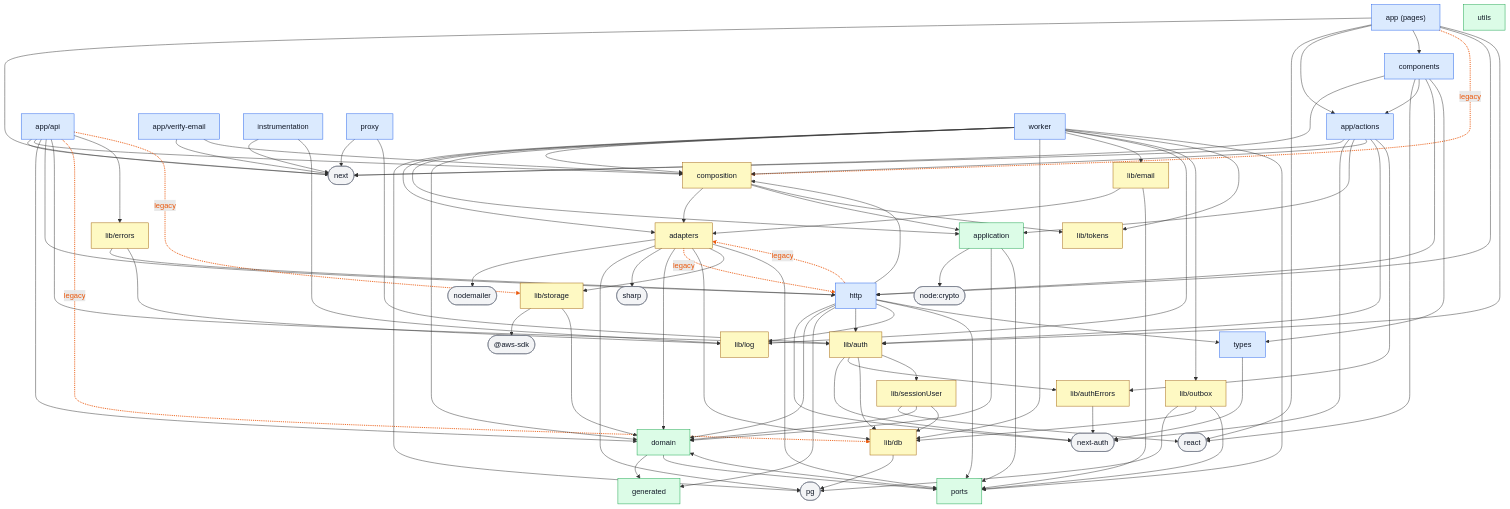
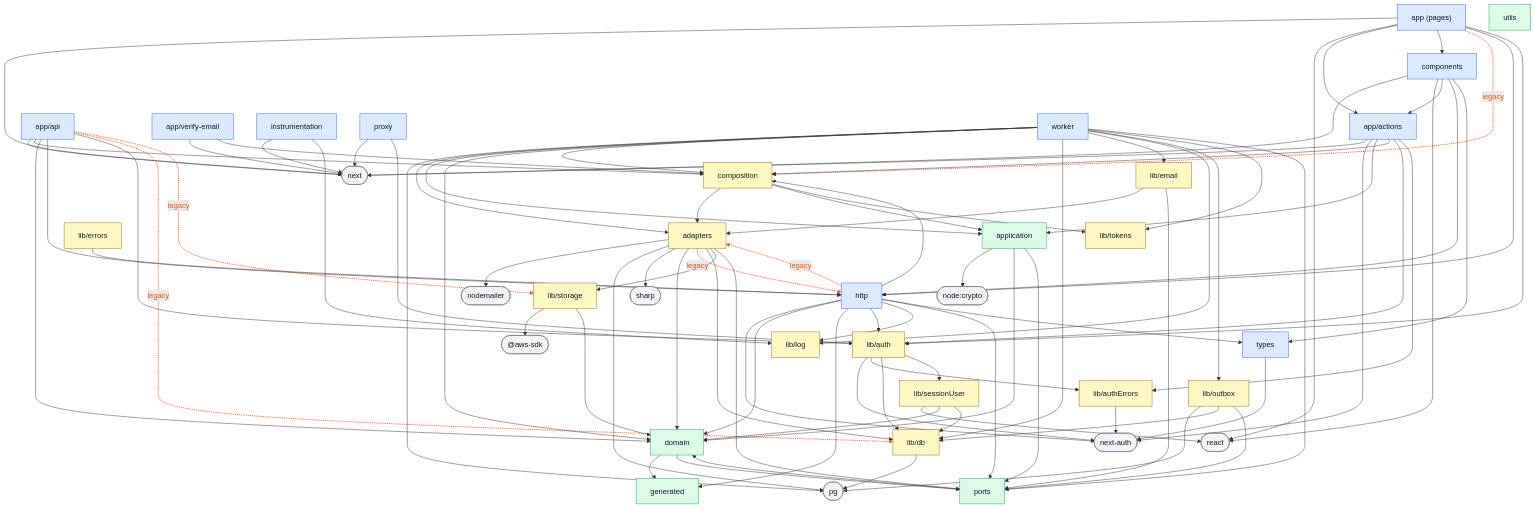
The diagram in docs/architecture/layers.mmd (2-MORGAN/expense-io), drawn with Mermaid before and after one commit. The commit also changed 1 other file, not shown here.

Commit message:
test(architecture): graphes régénérés après 2-485
Les routes passent par withApiErrors (#24) : les flèches app/api → lib/errors
et lib/errors → lib/log disparaissent. Les 20 gardes restent reconnues.

```diff
--- a/docs/architecture/layers.mmd
+++ b/docs/architecture/layers.mmd
@@ -1,134 +1,132 @@
 flowchart TB
   %% Généré par npm run generate:architecture (scripts/architecture) : ne pas modifier à la main.
   m_app["app (pages)"]
   m_app_2f_actions["app/actions"]
   m_app_2f_api["app/api"]
   m_app_2f_verify_2d_email["app/verify-email"]
   m_components["components"]
   m_http["http"]
   m_instrumentation["instrumentation"]
   m_proxy["proxy"]
   m_types["types"]
   m_worker["worker"]
   m_application["application"]
   m_domain["domain"]
   m_generated["generated"]
   m_ports["ports"]
   m_utils["utils"]
   m_adapters["adapters"]
   m_composition["composition"]
   m_lib_2f_auth["lib/auth"]
   m_lib_2f_authErrors["lib/authErrors"]
   m_lib_2f_db["lib/db"]
   m_lib_2f_email["lib/email"]
   m_lib_2f_errors["lib/errors"]
   m_lib_2f_log["lib/log"]
   m_lib_2f_outbox["lib/outbox"]
   m_lib_2f_sessionUser["lib/sessionUser"]
   m_lib_2f_storage["lib/storage"]
   m_lib_2f_tokens["lib/tokens"]
   p__40_aws_2d_sdk(["@aws-sdk"])
   p_next(["next"])
   p_next_2d_auth(["next-auth"])
   p_node_3a_crypto(["node:crypto"])
   p_nodemailer(["nodemailer"])
   p_pg(["pg"])
   p_react(["react"])
   p_sharp(["sharp"])
   m_adapters --> p_nodemailer
   m_adapters --> p_pg
   m_adapters --> p_sharp
   m_adapters --> m_domain
   m_adapters -.->|"legacy"| m_http
   m_adapters --> m_lib_2f_db
   m_adapters --> m_lib_2f_storage
   m_adapters --> m_ports
   m_app --> p_next
   m_app --> p_react
   m_app --> m_app_2f_actions
   m_app --> m_components
   m_app -.->|"legacy"| m_composition
   m_app --> m_http
   m_app --> m_lib_2f_auth
   m_app_2f_actions --> p_next
   m_app_2f_actions --> p_next_2d_auth
   m_app_2f_actions --> m_application
   m_app_2f_actions --> m_composition
   m_app_2f_actions --> m_lib_2f_auth
   m_app_2f_actions --> m_lib_2f_authErrors
   m_app_2f_api --> p_next
   m_app_2f_api --> m_composition
   m_app_2f_api --> m_domain
   m_app_2f_api --> m_http
   m_app_2f_api --> m_lib_2f_auth
   m_app_2f_api -.->|"legacy"| m_lib_2f_db
-  m_app_2f_api --> m_lib_2f_errors
   m_app_2f_api -.->|"legacy"| m_lib_2f_storage
   m_app_2f_verify_2d_email --> p_next
   m_app_2f_verify_2d_email --> m_composition
   m_application --> p_node_3a_crypto
   m_application --> m_domain
   m_application --> m_ports
   m_components --> p_next
   m_components --> p_react
   m_components --> m_app_2f_actions
   m_components --> m_http
   m_components --> m_types
   m_composition --> m_adapters
   m_composition --> m_application
   m_composition --> m_lib_2f_tokens
   m_domain --> m_generated
   m_domain --> m_ports
   m_http --> p_next_2d_auth
   m_http -.->|"legacy"| m_adapters
   m_http --> m_composition
   m_http --> m_domain
   m_http --> m_generated
   m_http --> m_lib_2f_auth
   m_http --> m_lib_2f_log
   m_http --> m_ports
   m_http --> m_types
   m_instrumentation --> p_next
   m_instrumentation --> m_lib_2f_log
   m_lib_2f_auth --> p_next_2d_auth
   m_lib_2f_auth --> m_lib_2f_authErrors
   m_lib_2f_auth --> m_lib_2f_db
   m_lib_2f_auth --> m_lib_2f_sessionUser
   m_lib_2f_authErrors --> p_next_2d_auth
   m_lib_2f_db --> p_pg
   m_lib_2f_email --> m_adapters
   m_lib_2f_email --> m_ports
   m_lib_2f_errors --> m_http
-  m_lib_2f_errors --> m_lib_2f_log
   m_lib_2f_outbox --> p_pg
   m_lib_2f_outbox --> m_lib_2f_db
   m_lib_2f_outbox --> m_ports
   m_lib_2f_sessionUser --> p_react
   m_lib_2f_sessionUser --> m_domain
   m_lib_2f_sessionUser --> m_lib_2f_db
   m_lib_2f_storage --> p__40_aws_2d_sdk
   m_lib_2f_storage --> m_domain
   m_ports --> m_domain
   m_proxy --> p_next
   m_proxy --> m_lib_2f_auth
   m_types --> p_next_2d_auth
   m_worker --> p_pg
   m_worker --> m_adapters
   m_worker --> m_application
   m_worker --> m_composition
   m_worker --> m_domain
   m_worker --> m_lib_2f_db
   m_worker --> m_lib_2f_email
   m_worker --> m_lib_2f_log
   m_worker --> m_lib_2f_outbox
   m_worker --> m_lib_2f_tokens
   m_worker --> m_ports
-  linkStyle 4,12,26,28,45 stroke:#ea580c,stroke-width:2px,color:#ea580c
+  linkStyle 4,12,26,27,44 stroke:#ea580c,stroke-width:2px,color:#ea580c
   classDef entrees fill:#dbeafe,stroke:#2563eb,color:#111827
   class m_app,m_app_2f_actions,m_app_2f_api,m_app_2f_verify_2d_email,m_components,m_http,m_instrumentation,m_proxy,m_types,m_worker entrees
   classDef coeur fill:#dcfce7,stroke:#16a34a,color:#111827
   class m_application,m_domain,m_generated,m_ports,m_utils coeur
   classDef infra fill:#fef9c3,stroke:#a16207,color:#111827
   class m_adapters,m_composition,m_lib_2f_auth,m_lib_2f_authErrors,m_lib_2f_db,m_lib_2f_email,m_lib_2f_errors,m_lib_2f_log,m_lib_2f_outbox,m_lib_2f_sessionUser,m_lib_2f_storage,m_lib_2f_tokens infra
   classDef paquet fill:#f3f4f6,stroke:#6b7280,color:#111827
   class p__40_aws_2d_sdk,p_next,p_next_2d_auth,p_node_3a_crypto,p_nodemailer,p_pg,p_react,p_sharp paquet
```
